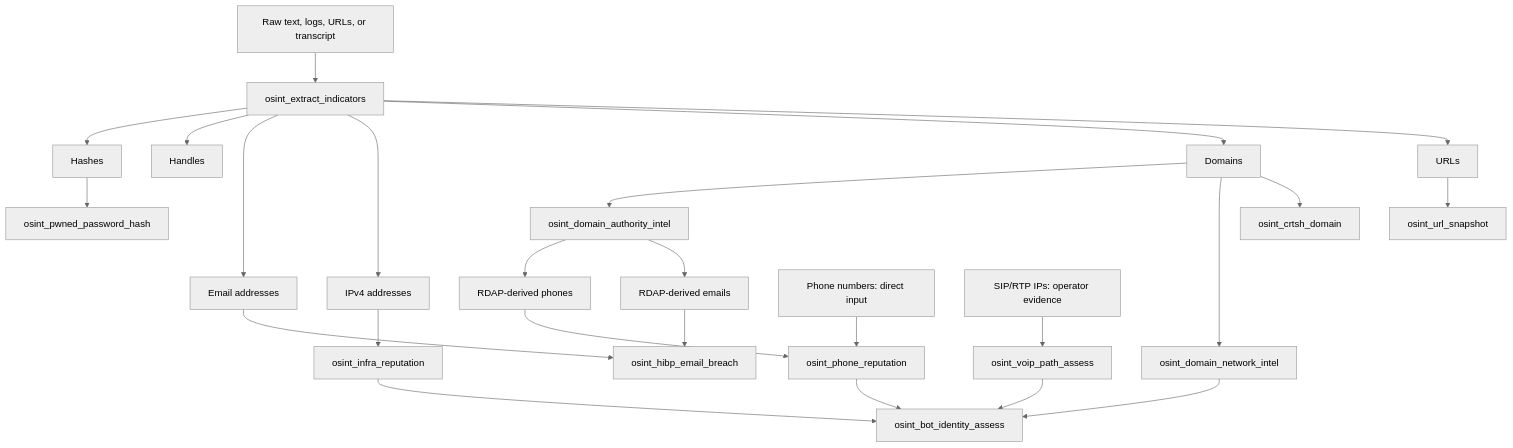
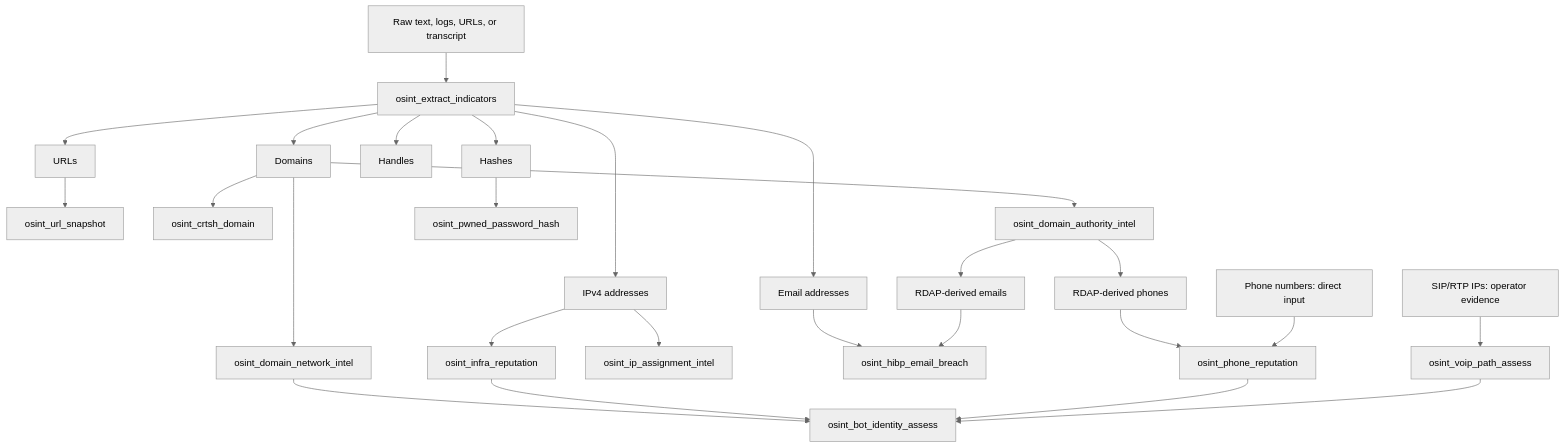
One commit to JuanHuaXu/openclaw-osint changed the second of 2 diagrams in README.md. Above: the diagram before and after it, drawn with Mermaid (neutral theme). The commit also changed other lines of this file and 7 other files, not shown here.

Commit message:
feat: add RIR RDAP IP assignment intel

````diff
--- a/README.md
+++ b/README.md
@@ -70,30 +74,31 @@
 ```mermaid
 flowchart TD
   Text["Raw text, logs, URLs, or transcript"] --> Extract["osint_extract_indicators"]
   Extract --> Urls["URLs"]
   Extract --> Domains["Domains"]
   Extract --> Ips["IPv4 addresses"]
   Extract --> Emails["Email addresses"]
   Extract --> Handles["Handles"]
   Extract --> Hashes["Hashes"]
 
   Urls --> Snapshot["osint_url_snapshot"]
   Domains --> Certs["osint_crtsh_domain"]
   Domains --> Network["osint_domain_network_intel"]
   Domains --> Authority["osint_domain_authority_intel"]
   Ips --> Infra["osint_infra_reputation"]
+  Ips --> IpRdap["osint_ip_assignment_intel"]
   Emails --> HibpEmail["osint_hibp_email_breach"]
   Hashes --> PwnedHash["osint_pwned_password_hash"]
   Authority --> DerivedEmails["RDAP-derived emails"]
   Authority --> DerivedPhones["RDAP-derived phones"]
   DerivedEmails --> HibpEmail
   DerivedPhones --> PhoneRep
 
   Phone["Phone numbers: direct input"] --> PhoneRep["osint_phone_reputation"]
   Sip["SIP/RTP IPs: operator evidence"] --> Voip["osint_voip_path_assess"]
 
   Network --> Bot["osint_bot_identity_assess"]
   Infra --> Bot
   PhoneRep --> Bot
   Voip --> Bot
 ```
````
